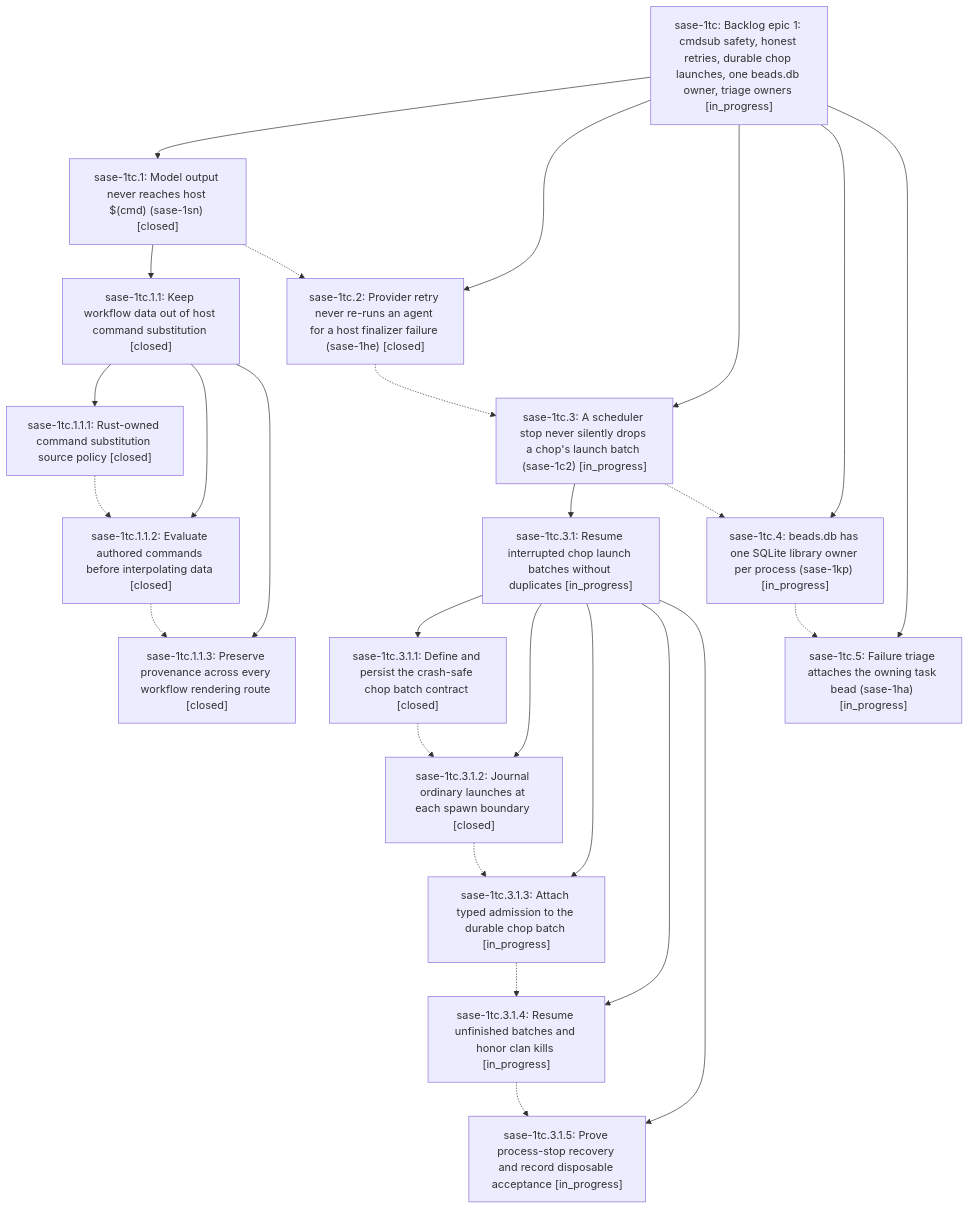
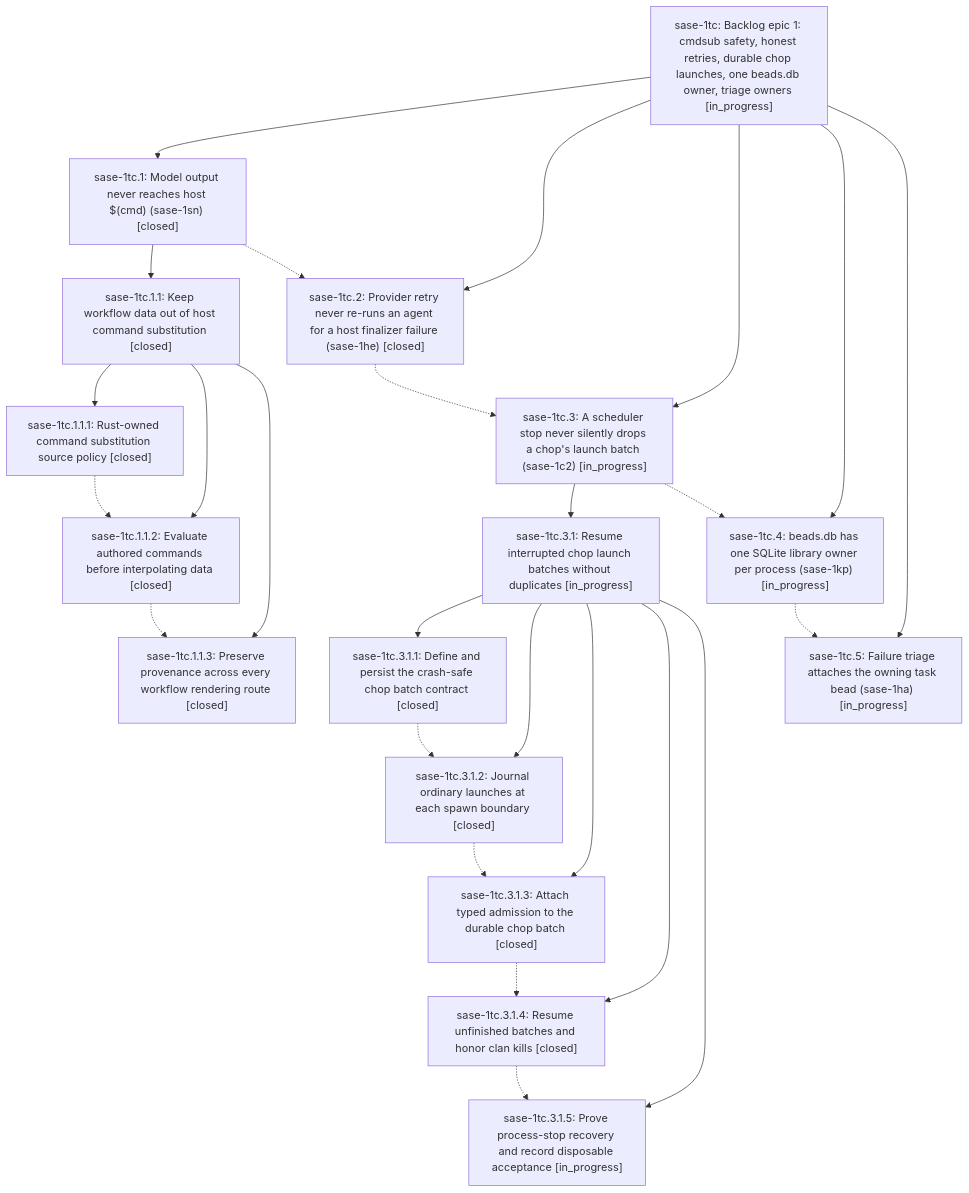
The diagram in pages/sase-1tc/README.md (sase-org/sase--beads), drawn with Mermaid before and after one commit. The commit also changed other lines of this file and 4 other files, not shown here.

````diff
--- a/pages/sase-1tc/README.md
+++ b/pages/sase-1tc/README.md
@@ -44,44 +44,44 @@
 ```mermaid
 flowchart TD
     n0["sase-1tc: Backlog epic 1: cmdsub safety, honest retries, durable chop launches, one beads.db owner, triage owners [in_progress]"]
     n1["sase-1tc.1: Model output never reaches host $(cmd) (sase-1sn) [closed]"]
     n2["sase-1tc.1.1: Keep workflow data out of host command substitution [closed]"]
     n3["sase-1tc.1.1.1: Rust-owned command substitution source policy [closed]"]
     n4["sase-1tc.1.1.2: Evaluate authored commands before interpolating data [closed]"]
     n5["sase-1tc.1.1.3: Preserve provenance across every workflow rendering route [closed]"]
     n6["sase-1tc.2: Provider retry never re-runs an agent for a host finalizer failure (sase-1he) [closed]"]
     n7["sase-1tc.3: A scheduler stop never silently drops a chop's launch batch (sase-1c2) [in_progress]"]
     n8["sase-1tc.3.1: Resume interrupted chop launch batches without duplicates [in_progress]"]
     n9["sase-1tc.3.1.1: Define and persist the crash-safe chop batch contract [closed]"]
     n10["sase-1tc.3.1.2: Journal ordinary launches at each spawn boundary [closed]"]
-    n11["sase-1tc.3.1.3: Attach typed admission to the durable chop batch [in_progress]"]
-    n12["sase-1tc.3.1.4: Resume unfinished batches and honor clan kills [in_progress]"]
+    n11["sase-1tc.3.1.3: Attach typed admission to the durable chop batch [closed]"]
+    n12["sase-1tc.3.1.4: Resume unfinished batches and honor clan kills [closed]"]
     n13["sase-1tc.3.1.5: Prove process-stop recovery and record disposable acceptance [in_progress]"]
     n14["sase-1tc.4: beads.db has one SQLite library owner per process (sase-1kp) [in_progress]"]
     n15["sase-1tc.5: Failure triage attaches the owning task bead (sase-1ha) [in_progress]"]
     n0 --> n1
     n1 --> n2
     n2 --> n3
     n2 --> n4
     n2 --> n5
     n0 --> n6
     n0 --> n7
     n7 --> n8
     n8 --> n9
     n8 --> n10
     n8 --> n11
     n8 --> n12
     n8 --> n13
     n0 --> n14
     n0 --> n15
     n1 -.-> n6
     n3 -.-> n4
     n4 -.-> n5
     n6 -.-> n7
     n7 -.-> n14
     n9 -.-> n10
     n10 -.-> n11
     n11 -.-> n12
     n12 -.-> n13
     n14 -.-> n15
 ```
````
